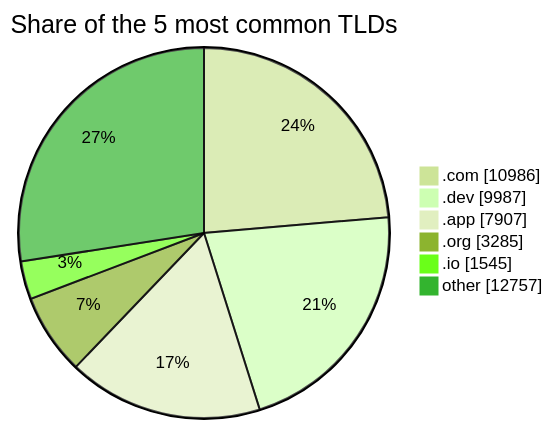
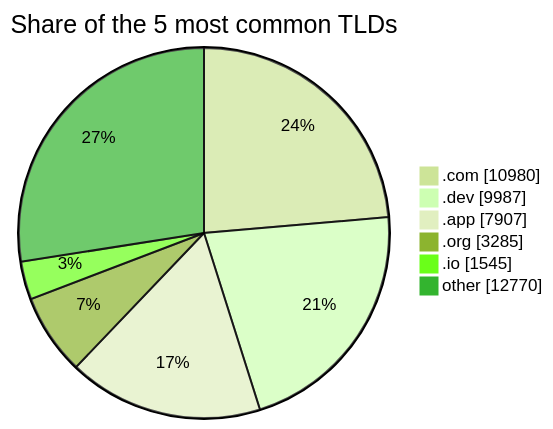
One commit to DNSBunker/CTI changed the third of 3 diagrams in README.md. Above: the diagram before and after it, drawn with Mermaid (forest theme). The commit also changed other lines of this file and 3 other files, not shown here.

````diff
--- a/README.md
+++ b/README.md
@@ -81,9 +81,9 @@
 ```mermaid
 pie showData title Share of the 5 most common TLDs
-    ".com" : 10986
+    ".com" : 10980
     ".dev" : 9987
     ".app" : 7907
     ".org" : 3285
     ".io" : 1545
-    "other" : 12757
+    "other" : 12770
 ```
````
